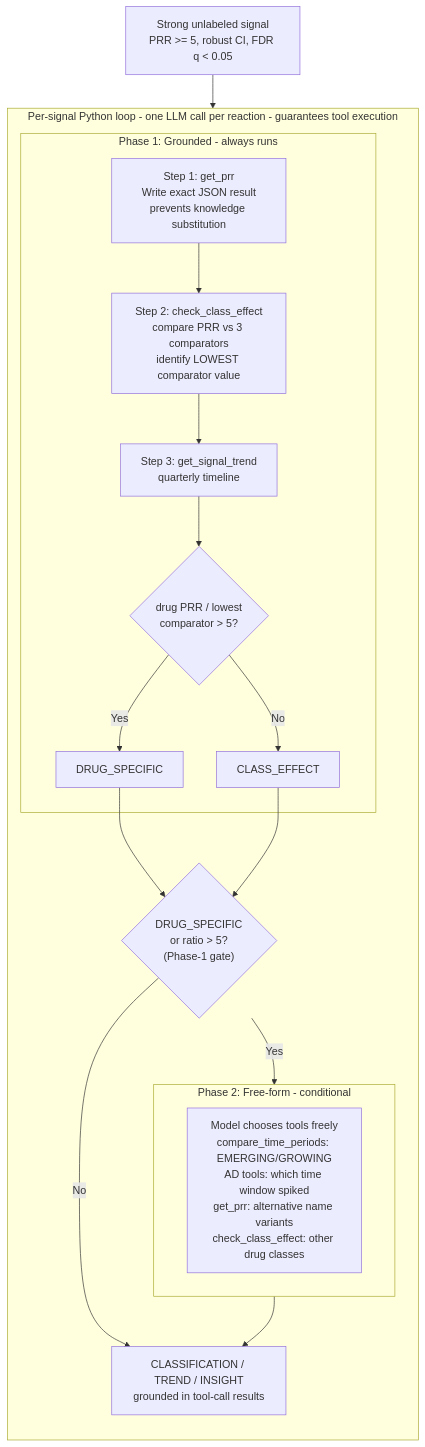
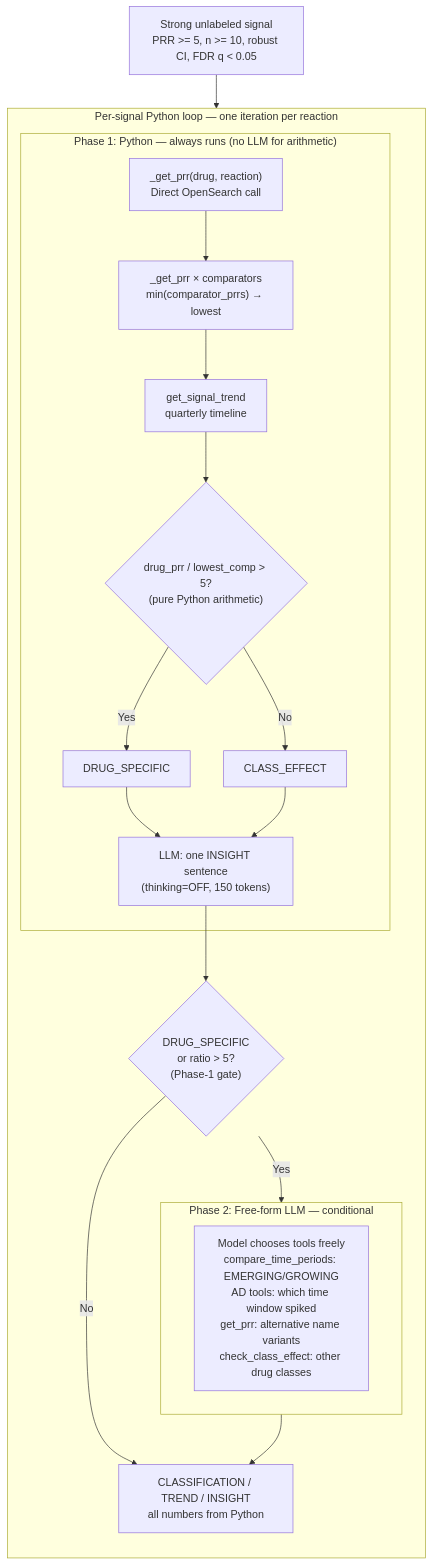
One commit to al-Zamakhshari/drug-safety-signal-agent changed the fourth of 4 diagrams in README.md. Above: the diagram before and after it, drawn with Mermaid. The commit also changed other lines of this file, not shown here.

Commit message:
Update docs: Phase 1 investigation is now Python, not LLM
Investigation Flow diagram: Phase 1 box now shows Python calling
  _get_prr, comparator loop, min(), ratio > 5 arithmetic, with
  LLM writing only the 150-token INSIGHT sentence

Design Decision #5 (was "thinking=ON"): explain why arithmetic belongs
  in Python with the concrete before/after evidence (IMPAIRED GASTRIC
  EMPTYING 22.46x, ERUCTATION 13.21x now correctly DRUG_SPECIFIC)

Design Decision #6 (per-signal loop): updated to reflect that Phase 1
  tool calls are now direct Python async calls, not LLM React agent

Pipeline diagram node: remove "Qwen3.5-9B thinking=ON" label

Roadmap: "Two-phase investigation" description updated

````diff
--- a/README.md
+++ b/README.md
@@ -192,33 +192,34 @@
 ```mermaid
 flowchart TD
-    SIG["Strong unlabeled signal\nPRR >= 5, robust CI, FDR q < 0.05"]
+    SIG["Strong unlabeled signal\nPRR >= 5, n >= 10, robust CI, FDR q < 0.05"]
     SIG --> LOOP
 
-    subgraph LOOP["Per-signal Python loop - one LLM call per reaction - guarantees tool execution"]
+    subgraph LOOP["Per-signal Python loop — one iteration per reaction"]
         direction TB
 
-        subgraph P1["Phase 1: Grounded - always runs"]
-            T1["Step 1: get_prr\nWrite exact JSON result\nprevents knowledge substitution"]
-            T2["Step 2: check_class_effect\ncompare PRR vs 3 comparators\nidentify LOWEST comparator value"]
-            T3["Step 3: get_signal_trend\nquarterly timeline"]
+        subgraph P1["Phase 1: Python — always runs (no LLM for arithmetic)"]
+            T1["_get_prr(drug, reaction)\nDirect OpenSearch call"]
+            T2["_get_prr × comparators\nmin(comparator_prrs) → lowest"]
+            T3["get_signal_trend\nquarterly timeline"]
             T1 --> T2 --> T3
-            T3 --> C1{"drug PRR / lowest\ncomparator > 5?"}
+            T3 --> C1{"drug_prr / lowest_comp > 5?\n(pure Python arithmetic)"}
             C1 -->|Yes| DS["DRUG_SPECIFIC"]
             C1 -->|No| CE["CLASS_EFFECT"]
+            DS & CE --> INS["LLM: one INSIGHT sentence\n(thinking=OFF, 150 tokens)"]
         end
 
-        DS & CE --> P2CHECK
+        INS --> P2CHECK
 
         P2CHECK{"DRUG_SPECIFIC\nor ratio > 5?\n(Phase-1 gate)"}
 
-        subgraph P2["Phase 2: Free-form - conditional"]
+        subgraph P2["Phase 2: Free-form LLM — conditional"]
             FT["Model chooses tools freely\ncompare_time_periods: EMERGING/GROWING\nAD tools: which time window spiked\nget_prr: alternative name variants\ncheck_class_effect: other drug classes"]
         end
 
         P2CHECK -->|Yes| P2
         P2CHECK -->|No| OUT
         P2 --> OUT
 
-        OUT["CLASSIFICATION / TREND / INSIGHT\ngrounded in tool-call results"]
+        OUT["CLASSIFICATION / TREND / INSIGHT\nall numbers from Python"]
     end
 ```
````
